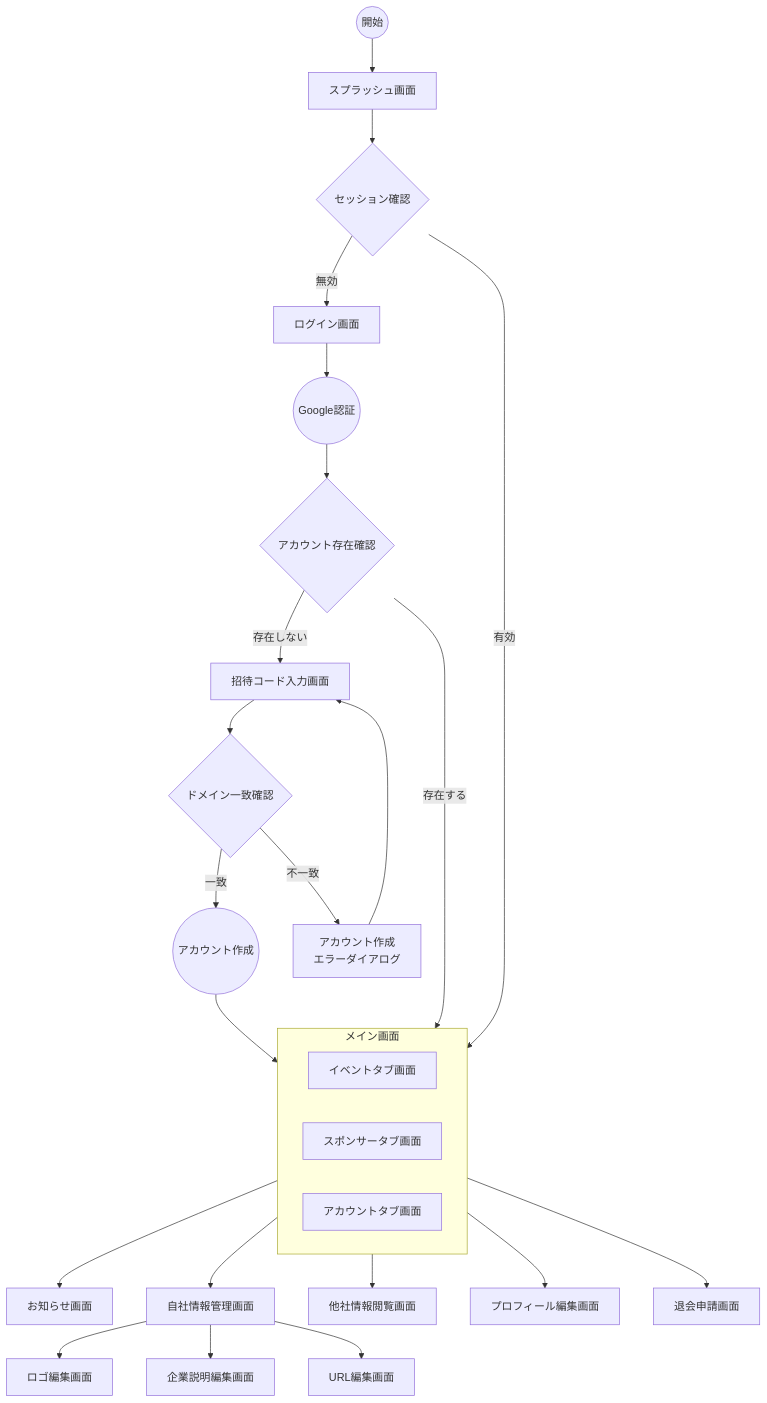
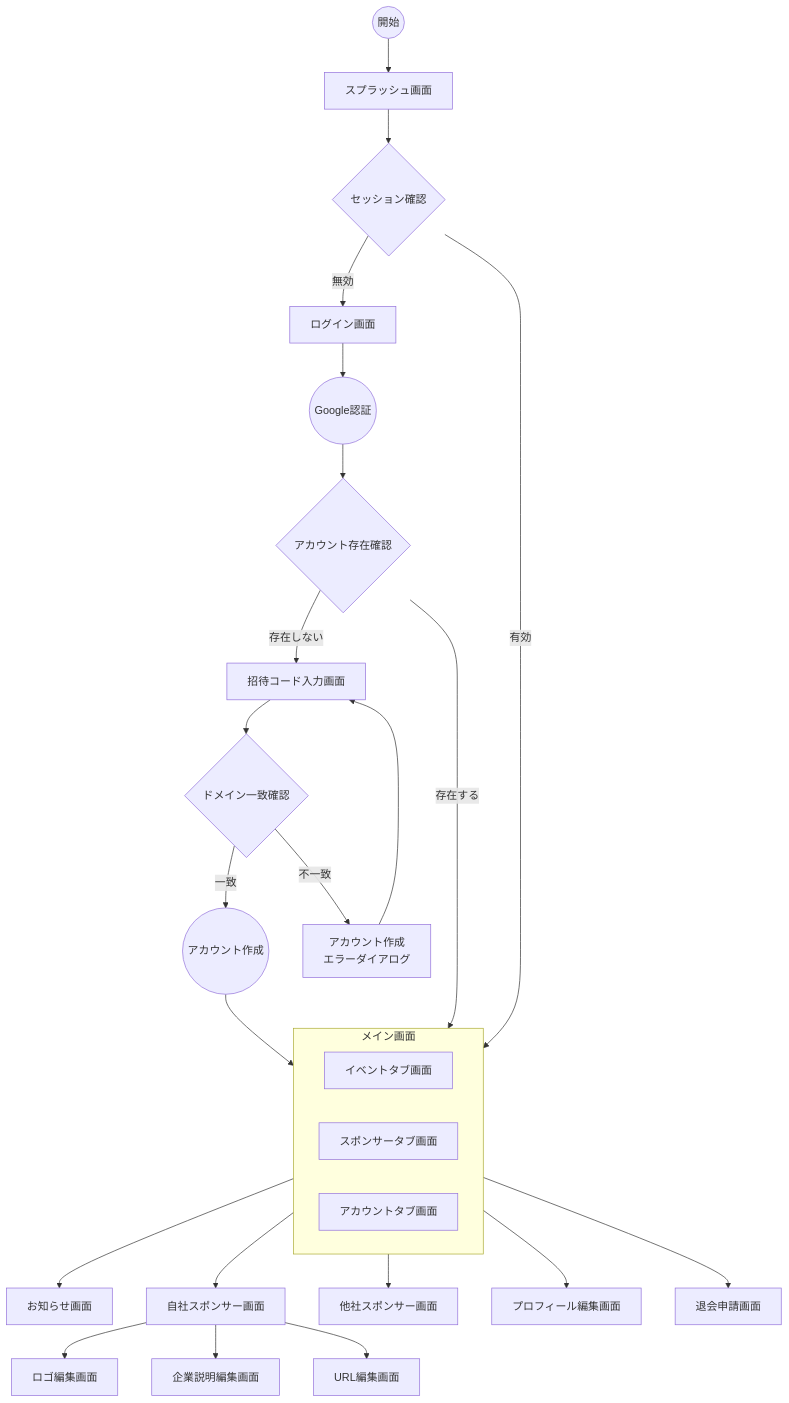
One commit to FlutterKaigi/2025 changed the diagram in docs/dashboard/SCREENS.md. Above: the diagram before and after it, drawn with Mermaid. The commit also changed other lines of this file, not shown here.

Commit message:
docs: スポンサー関連の画面名を修正

````diff
--- a/docs/dashboard/SCREENS.md
+++ b/docs/dashboard/SCREENS.md
@@ -53,40 +53,40 @@
 ```mermaid
 flowchart TD
     Start((開始)) --> Splash[スプラッシュ画面]
     Splash --> SessionCheck{セッション確認}
     SessionCheck --> |有効| EventTab[イベントタブ画面]
     SessionCheck --> |無効| Login[ログイン画面]
     
     %% 認証フロー
     Login --> GoogleAuth((Google認証))
     GoogleAuth --> AccountCheck{アカウント存在確認}
     AccountCheck --> |存在する| EventTab[イベントタブ画面]
     AccountCheck --> |存在しない| InvitationCode[招待コード入力画面]
     
     %% 新規登録フロー
     InvitationCode --> DomainCheck{ドメイン一致確認}
     DomainCheck --> |一致| CreateAccount((アカウント作成))
     DomainCheck --> |不一致| RegisterError[アカウント作成<br>エラーダイアログ]
     RegisterError --> InvitationCode
     CreateAccount --> EventTab
     
     %% メイン画面のタブ構成
     subgraph Main[メイン画面]
       direction LR
       EventTab[イベントタブ画面]
       SponsorTab[スポンサータブ画面]
       Account[アカウントタブ画面]
     end
 
     EventTab --> News[お知らせ画面]
     
-    SponsorTab --> OwnInfo[自社情報管理画面]
-    SponsorTab --> OtherInfo[他社情報閲覧画面]
+    SponsorTab --> OwnSponsor[自社スポンサー画面]
+    SponsorTab --> OtherSponsor[他社スポンサー画面]
     
-    OwnInfo --> LogoEdit[ロゴ編集画面]
-    OwnInfo --> DescEdit[企業説明編集画面]
-    OwnInfo --> URLEdit[URL編集画面]
+    OwnSponsor --> LogoEdit[ロゴ編集画面]
+    OwnSponsor --> DescEdit[企業説明編集画面]
+    OwnSponsor --> URLEdit[URL編集画面]
     
     Account --> Profile[プロフィール編集画面]
     Account --> Withdrawal[退会申請画面]
 ```
````
